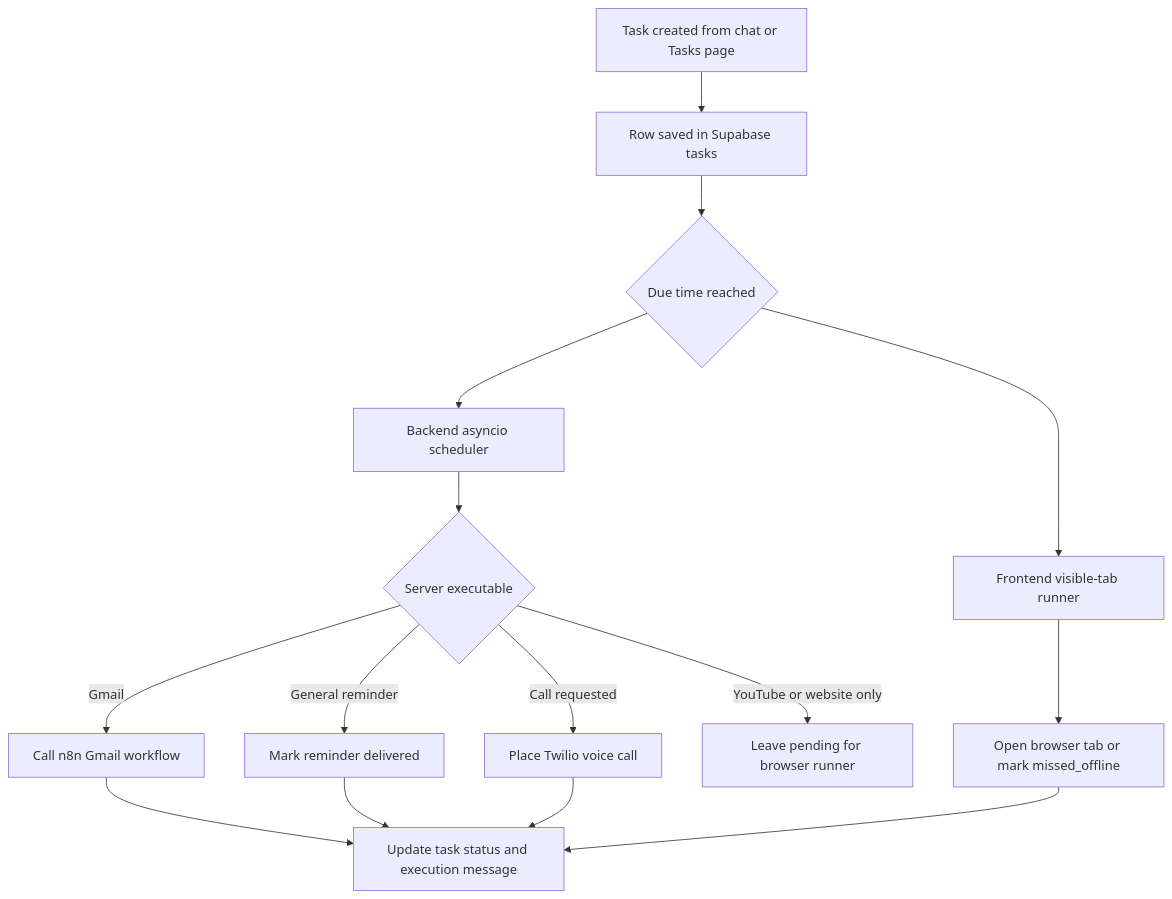
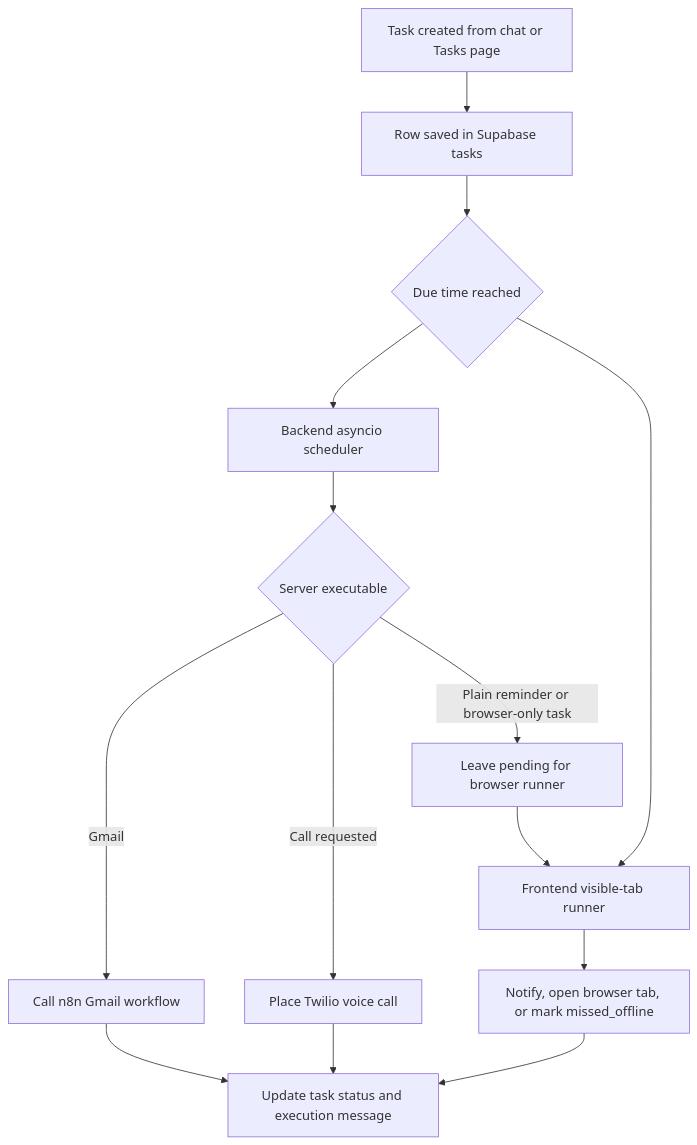
Before and after one commit to saikiranpulagalla/AgentCoolie: the third of 4 diagrams in README.md, drawn with Mermaid. The commit also changed other lines of this file and 22 other files, not shown here.

````diff
--- a/README.md
+++ b/README.md
@@ -129,17 +129,16 @@
 ```mermaid
 flowchart TD
   A["Task created from chat or Tasks page"] --> B["Row saved in Supabase tasks"]
   B --> C{"Due time reached"}
   C --> D["Backend asyncio scheduler"]
   C --> E["Frontend visible-tab runner"]
   D --> F{"Server executable"}
   F -->|Gmail| G["Call n8n Gmail workflow"]
-  F -->|General reminder| H["Mark reminder delivered"]
   F -->|Call requested| I["Place Twilio voice call"]
-  F -->|YouTube or website only| J["Leave pending for browser runner"]
-  E --> K["Open browser tab or mark missed_offline"]
+  F -->|Plain reminder or browser-only task| J["Leave pending for browser runner"]
+  J --> E
+  E --> K["Notify, open browser tab, or mark missed_offline"]
   G --> L["Update task status and execution message"]
-  H --> L
   I --> L
   K --> L
 ```
````
